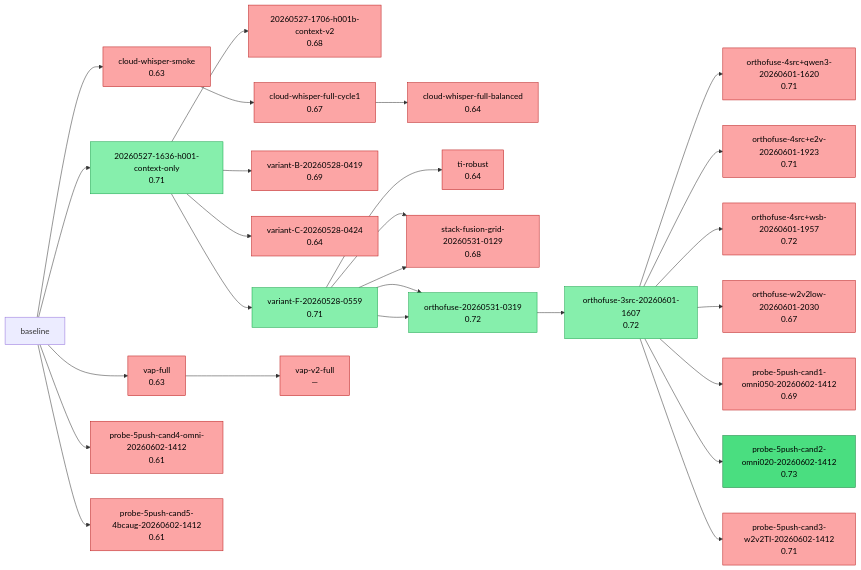
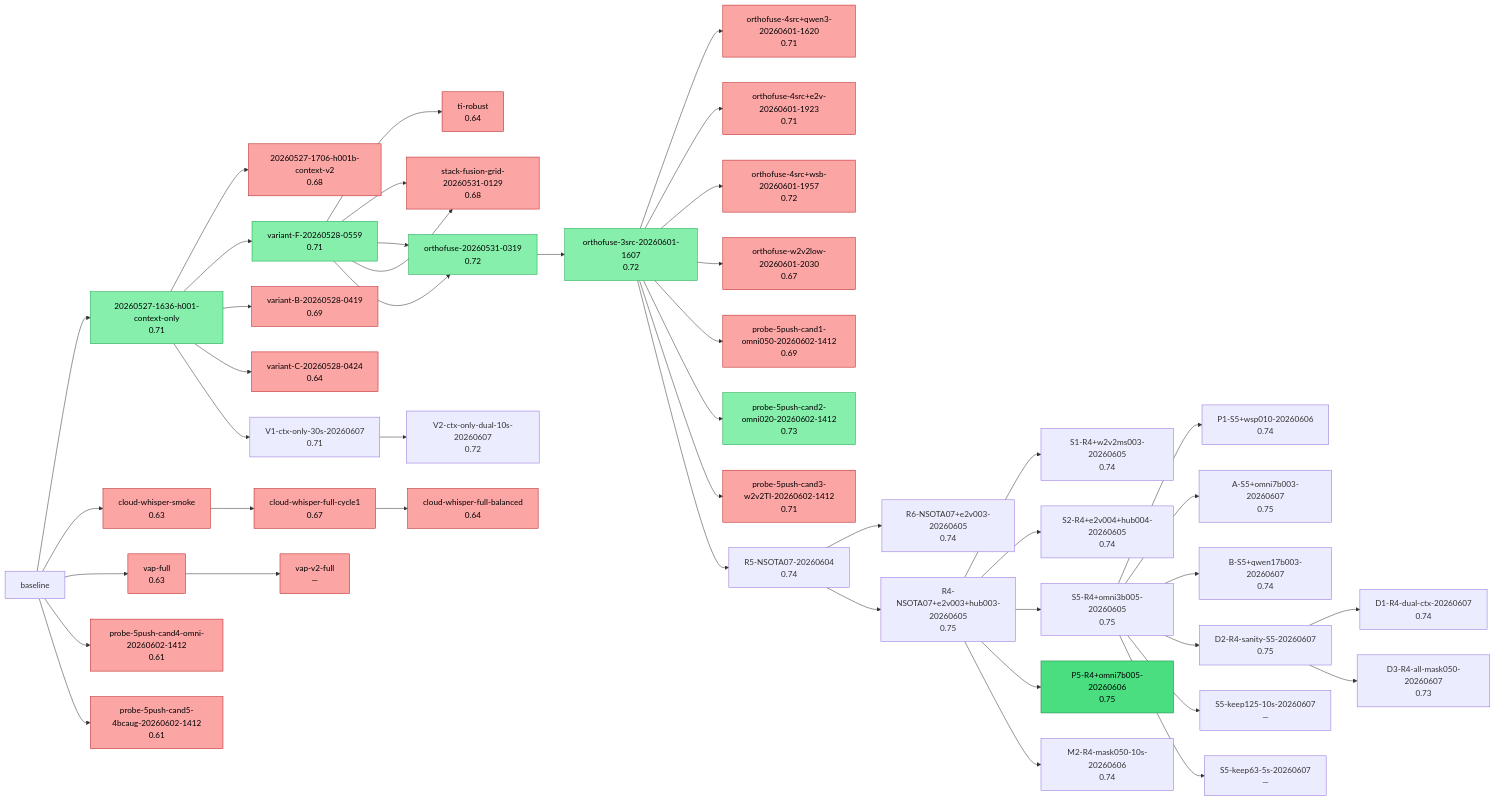
Before and after one commit to uukuguy/Audio-Classifier: the diagram in docs/status/climb/research-tree.md, drawn with Mermaid. The commit also changed other lines of this file and 7 other files, not shown here.

First line of the commit message:
climb: backfill D-22~D-30 runs + Cycle 25 cross-context S5 probe (keep125/63)

````diff
--- a/docs/status/climb/research-tree.md
+++ b/docs/status/climb/research-tree.md
@@ -113,13 +131,32 @@
     probe_5push_cand1_omni050_20260602_1412["probe-5push-cand1-omni050-20260602-1412<br/>0.69"]
     class probe_5push_cand1_omni050_20260602_1412 falsified
     probe_5push_cand2_omni020_20260602_1412["probe-5push-cand2-omni020-20260602-1412<br/>0.73"]
-    class probe_5push_cand2_omni020_20260602_1412 sota
+    class probe_5push_cand2_omni020_20260602_1412 confirmed
     probe_5push_cand3_w2v2TI_20260602_1412["probe-5push-cand3-w2v2TI-20260602-1412<br/>0.71"]
     class probe_5push_cand3_w2v2TI_20260602_1412 falsified
     probe_5push_cand4_omni_20260602_1412["probe-5push-cand4-omni-20260602-1412<br/>0.61"]
     class probe_5push_cand4_omni_20260602_1412 falsified
     probe_5push_cand5_4bcaug_20260602_1412["probe-5push-cand5-4bcaug-20260602-1412<br/>0.61"]
     class probe_5push_cand5_4bcaug_20260602_1412 falsified
+    R5_NSOTA07_20260604["R5-NSOTA07-20260604<br/>0.74"]
+    R6_NSOTA07_e2v003_20260605["R6-NSOTA07+e2v003-20260605<br/>0.74"]
+    R4_NSOTA07_e2v003_hub003_20260605["R4-NSOTA07+e2v003+hub003-20260605<br/>0.75"]
+    S1_R4_w2v2ms003_20260605["S1-R4+w2v2ms003-20260605<br/>0.74"]
+    S2_R4_e2v004_hub004_20260605["S2-R4+e2v004+hub004-20260605<br/>0.74"]
+    S5_R4_omni3b005_20260605["S5-R4+omni3b005-20260605<br/>0.75"]
+    P1_S5_wsp010_20260606["P1-S5+wsp010-20260606<br/>0.74"]
+    P5_R4_omni7b005_20260606["P5-R4+omni7b005-20260606<br/>0.75"]
+    class P5_R4_omni7b005_20260606 sota
+    M2_R4_mask050_10s_20260606["M2-R4-mask050-10s-20260606<br/>0.74"]
+    A_S5_omni7b003_20260607["A-S5+omni7b003-20260607<br/>0.75"]
+    B_S5_qwen17b003_20260607["B-S5+qwen17b003-20260607<br/>0.74"]
+    V1_ctx_only_30s_20260607["V1-ctx-only-30s-20260607<br/>0.71"]
+    V2_ctx_only_dual_10s_20260607["V2-ctx-only-dual-10s-20260607<br/>0.72"]
+    D2_R4_sanity_S5_20260607["D2-R4-sanity-S5-20260607<br/>0.75"]
+    D1_R4_dual_ctx_20260607["D1-R4-dual-ctx-20260607<br/>0.74"]
+    D3_R4_all_mask050_20260607["D3-R4-all-mask050-20260607<br/>0.73"]
+    S5_keep125_10s_20260607["S5-keep125-10s-20260607<br/>—"]
+    S5_keep63_5s_20260607["S5-keep63-5s-20260607<br/>—"]
     baseline --> 20260527_1636_h001_context_only
     20260527_1636_h001_context_only --> 20260527_1706_h001b_context_v2
     20260527_1636_h001_context_only --> variant_F_20260528_0559
@@ -145,4 +182,22 @@
     orthofuse_3src_20260601_1607 --> probe_5push_cand3_w2v2TI_20260602_1412
     baseline --> probe_5push_cand4_omni_20260602_1412
     baseline --> probe_5push_cand5_4bcaug_20260602_1412
+    orthofuse_3src_20260601_1607 --> R5_NSOTA07_20260604
+    R5_NSOTA07_20260604 --> R6_NSOTA07_e2v003_20260605
+    R5_NSOTA07_20260604 --> R4_NSOTA07_e2v003_hub003_20260605
+    R4_NSOTA07_e2v003_hub003_20260605 --> S1_R4_w2v2ms003_20260605
+    R4_NSOTA07_e2v003_hub003_20260605 --> S2_R4_e2v004_hub004_20260605
+    R4_NSOTA07_e2v003_hub003_20260605 --> S5_R4_omni3b005_20260605
+    S5_R4_omni3b005_20260605 --> P1_S5_wsp010_20260606
+    R4_NSOTA07_e2v003_hub003_20260605 --> P5_R4_omni7b005_20260606
+    R4_NSOTA07_e2v003_hub003_20260605 --> M2_R4_mask050_10s_20260606
+    S5_R4_omni3b005_20260605 --> A_S5_omni7b003_20260607
+    S5_R4_omni3b005_20260605 --> B_S5_qwen17b003_20260607
+    20260527_1636_h001_context_only --> V1_ctx_only_30s_20260607
+    V1_ctx_only_30s_20260607 --> V2_ctx_only_dual_10s_20260607
+    S5_R4_omni3b005_20260605 --> D2_R4_sanity_S5_20260607
+    D2_R4_sanity_S5_20260607 --> D1_R4_dual_ctx_20260607
+    D2_R4_sanity_S5_20260607 --> D3_R4_all_mask050_20260607
+    S5_R4_omni3b005_20260605 --> S5_keep125_10s_20260607
+    S5_R4_omni3b005_20260605 --> S5_keep63_5s_20260607
 ```
````
